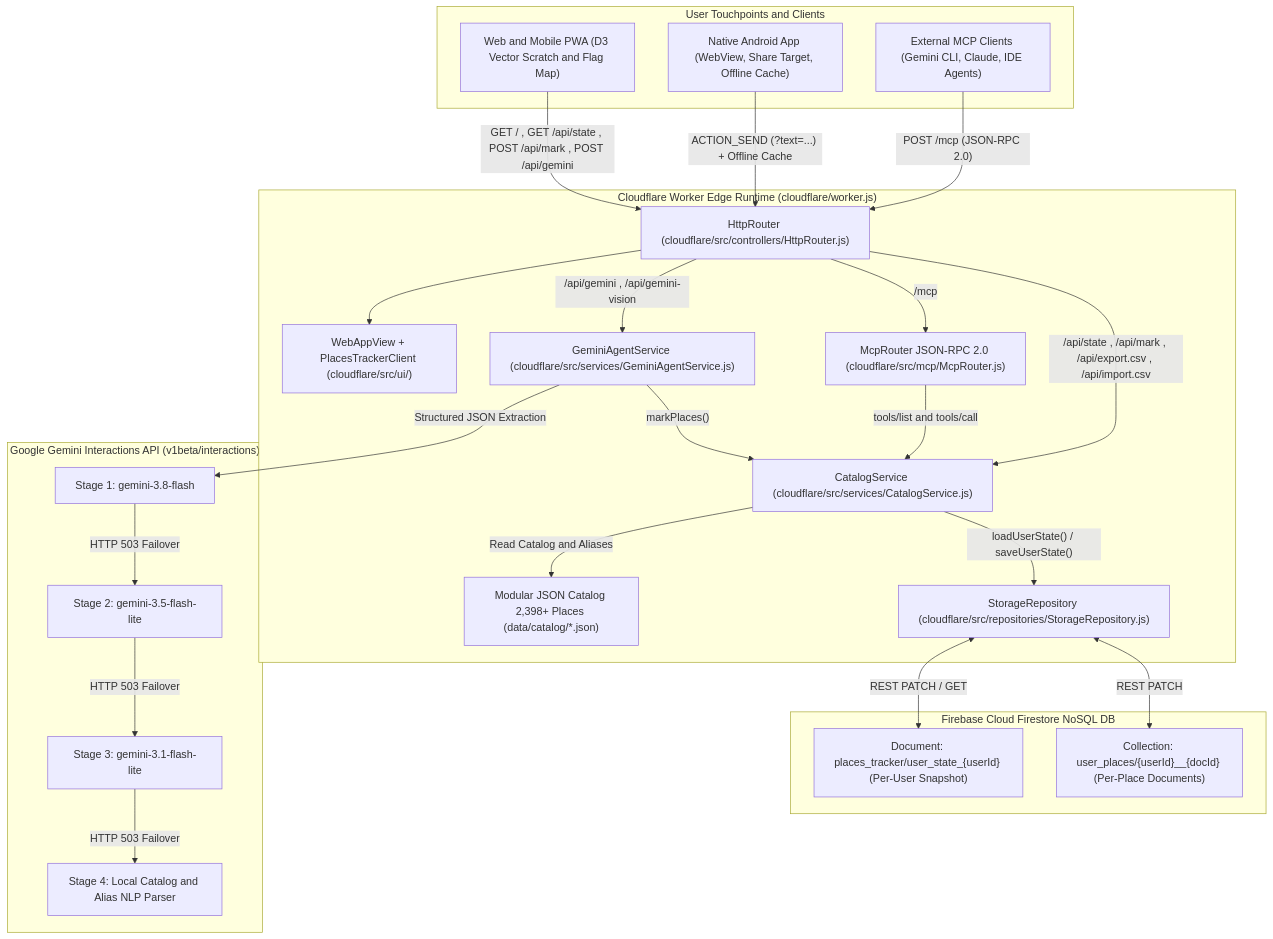
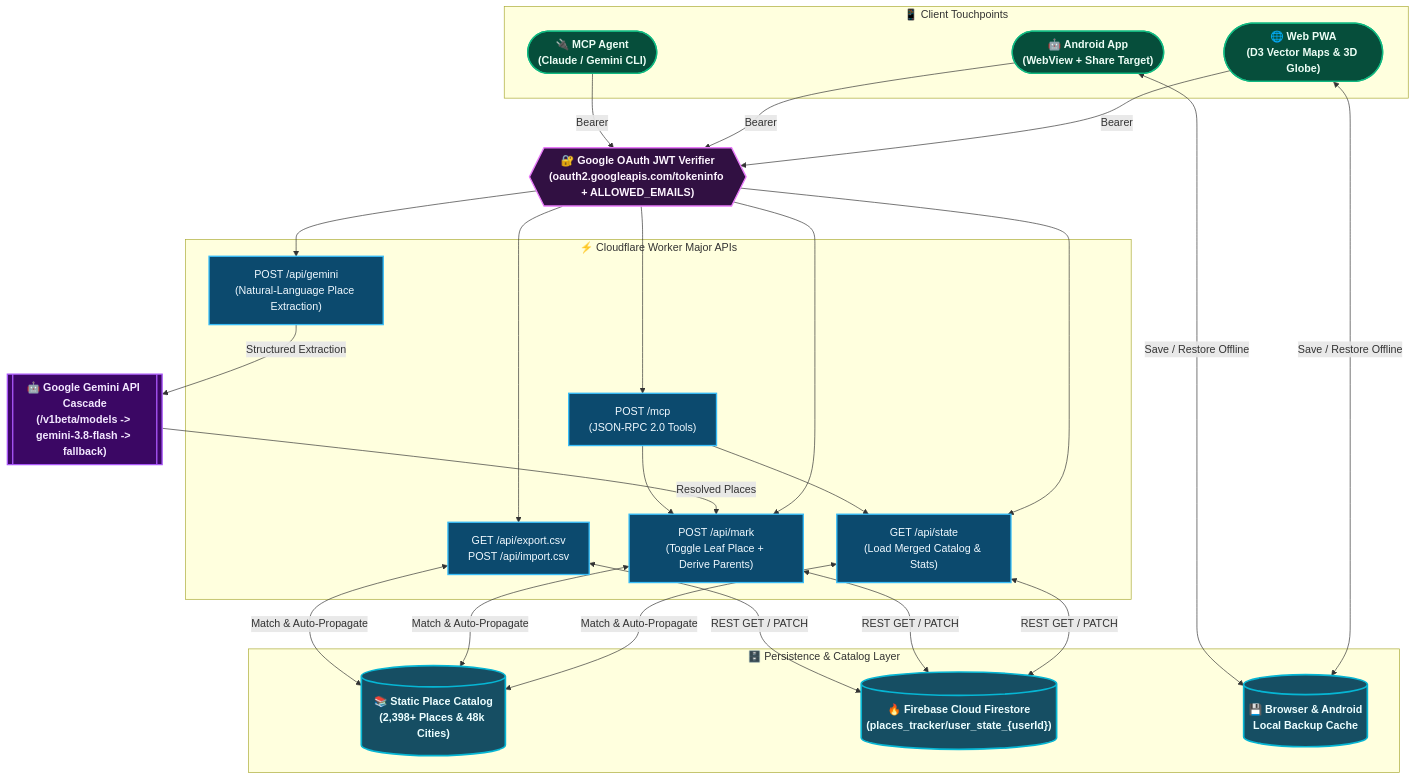
Before and after one commit to madhavsankar/PlacesTracker: the second of 2 diagrams in README.md, drawn with Mermaid. The commit also changed other lines of this file and 1 other file, not shown here.

Commit message:
Add visual app screens SVG, colorful CUJ usage diagram, and shaped HLD diagram to README

````diff
--- a/README.md
+++ b/README.md
@@ -34,51 +65,45 @@
 ```mermaid
 flowchart TB
-    subgraph Clients["User Touchpoints and Clients"]
-        PWA["Web and Mobile PWA (D3 Vector Scratch and Flag Map)"]
-        AndroidApp["Native Android App (WebView, Share Target, Offline Cache)"]
-        ExternalMCP["External MCP Clients (Gemini CLI, Claude, IDE Agents)"]
+    classDef client fill:#064e3b,stroke:#10b981,stroke-width:2px,color:#ecfdf5,font-weight:bold
+    classDef gate fill:#311042,stroke:#e879f9,stroke-width:2px,color:#fdf4ff,font-weight:bold
+    classDef api fill:#0c4a6e,stroke:#38bdf8,stroke-width:2px,color:#f0f9ff
+    classDef ext fill:#3b0764,stroke:#a855f7,stroke-width:2px,color:#f3e8ff,font-weight:bold
+    classDef db fill:#164e63,stroke:#06b6d4,stroke-width:2.5px,color:#ecfeff,font-weight:bold
+
+    subgraph Touchpoints["📱 Client Touchpoints"]
+        WebPWA(["🌐 Web PWA\n(D3 Vector Maps & 3D Globe)"]):::client
+        Android(["🤖 Android App\n(WebView + Share Target)"]):::client
+        McpClient(["🔌 MCP Agent\n(Claude / Gemini CLI)"]):::client
     end
 
-    subgraph Edge["Cloudflare Worker Edge Runtime (cloudflare/worker.js)"]
-        Router["HttpRouter (cloudflare/src/controllers/HttpRouter.js)"]
-        WebView["WebAppView + PlacesTrackerClient (cloudflare/src/ui/)"]
-        GeminiSvc["GeminiAgentService (cloudflare/src/services/GeminiAgentService.js)"]
-        McpSrv["McpRouter JSON-RPC 2.0 (cloudflare/src/mcp/McpRouter.js)"]
-        CatSvc["CatalogService (cloudflare/src/services/CatalogService.js)"]
-        StoreRepo["StorageRepository (cloudflare/src/repositories/StorageRepository.js)"]
-        StaticData["Modular JSON Catalog 2,398+ Places (data/catalog/*.json)"]
+    AuthGate{{"🔐 Google OAuth JWT Verifier\n(oauth2.googleapis.com/tokeninfo + ALLOWED_EMAILS)"}}:::gate
+
+    subgraph WorkerAPIs["⚡ Cloudflare Worker Major APIs"]
+        StateAPI["GET /api/state\n(Load Merged Catalog & Stats)"]:::api
+        MarkAPI["POST /api/mark\n(Toggle Leaf Place + Derive Parents)"]:::api
+        GeminiAPI["POST /api/gemini\n(Natural-Language Place Extraction)"]:::api
+        CsvAPI["GET /api/export.csv\nPOST /api/import.csv"]:::api
+        McpAPI["POST /mcp\n(JSON-RPC 2.0 Tools)"]:::api
     end
 
-    subgraph AI["Google Gemini Interactions API (v1beta/interactions)"]
-        G1["Stage 1: gemini-3.8-flash"]
-        G2["Stage 2: gemini-3.5-flash-lite"]
-        G3["Stage 3: gemini-3.1-flash-lite"]
-        G4["Stage 4: Local Catalog and Alias NLP Parser"]
-        G1 -->|"HTTP 503 Failover"| G2
-        G2 -->|"HTTP 503 Failover"| G3
-        G3 -->|"HTTP 503 Failover"| G4
+    GeminiCascade[["🤖 Google Gemini API Cascade\n(/v1beta/models -> gemini-3.8-flash -> fallback)"]]:::ext
+
+    subgraph Storage["🗄️ Persistence & Catalog Layer"]
+        CatalogDB[("📚 Static Place Catalog\n(2,398+ Places & 48k Cities)")]:::db
+        FirestoreDB[("🔥 Firebase Cloud Firestore\n(places_tracker/user_state_{userId})")]:::db
+        LocalCache[("💾 Browser & Android\nLocal Backup Cache")]:::db
     end
 
-    subgraph Database["Firebase Cloud Firestore NoSQL DB"]
-        DocState["Document: places_tracker/user_state_{userId} (Per-User Snapshot)"]
-        ColPlaces["Collection: user_places/{userId}__{docId} (Per-Place Documents)"]
-    end
+    WebPWA & Android <-->|"Save / Restore Offline"| LocalCache
+    WebPWA & Android -->|"Bearer <Google_ID_Token>"| AuthGate
+    McpClient -->|"Bearer <Google_ID_Token>"| AuthGate
 
-    PWA -->|"GET / , GET /api/state , POST /api/mark , POST /api/gemini"| Router
-    AndroidApp -->|"ACTION_SEND (?text=...) + Offline Cache"| Router
-    ExternalMCP -->|"POST /mcp (JSON-RPC 2.0)"| Router
+    AuthGate --> StateAPI & MarkAPI & GeminiAPI & CsvAPI & McpAPI
 
-    Router --> WebView
-    Router -->|"/api/gemini , /api/gemini-vision"| GeminiSvc
-    Router -->|"/mcp"| McpSrv
-    Router -->|"/api/state , /api/mark , /api/export.csv , /api/import.csv"| CatSvc
+    GeminiAPI -->|"Structured Extraction"| GeminiCascade
+    GeminiCascade -->|"Resolved Places"| MarkAPI
+    McpAPI --> MarkAPI & StateAPI
 
-    GeminiSvc -->|"Structured JSON Extraction"| G1
-    GeminiSvc -->|"markPlaces()"| CatSvc
-    McpSrv -->|"tools/list and tools/call"| CatSvc
-
-    CatSvc -->|"Read Catalog and Aliases"| StaticData
-    CatSvc -->|"loadUserState() / saveUserState()"| StoreRepo
-    StoreRepo <-->|"REST PATCH / GET"| DocState
-    StoreRepo <-->|"REST PATCH"| ColPlaces
+    StateAPI & MarkAPI & CsvAPI <-->|"Match & Auto-Propagate"| CatalogDB
+    StateAPI & MarkAPI & CsvAPI <-->|"REST GET / PATCH"| FirestoreDB
 ```
````
